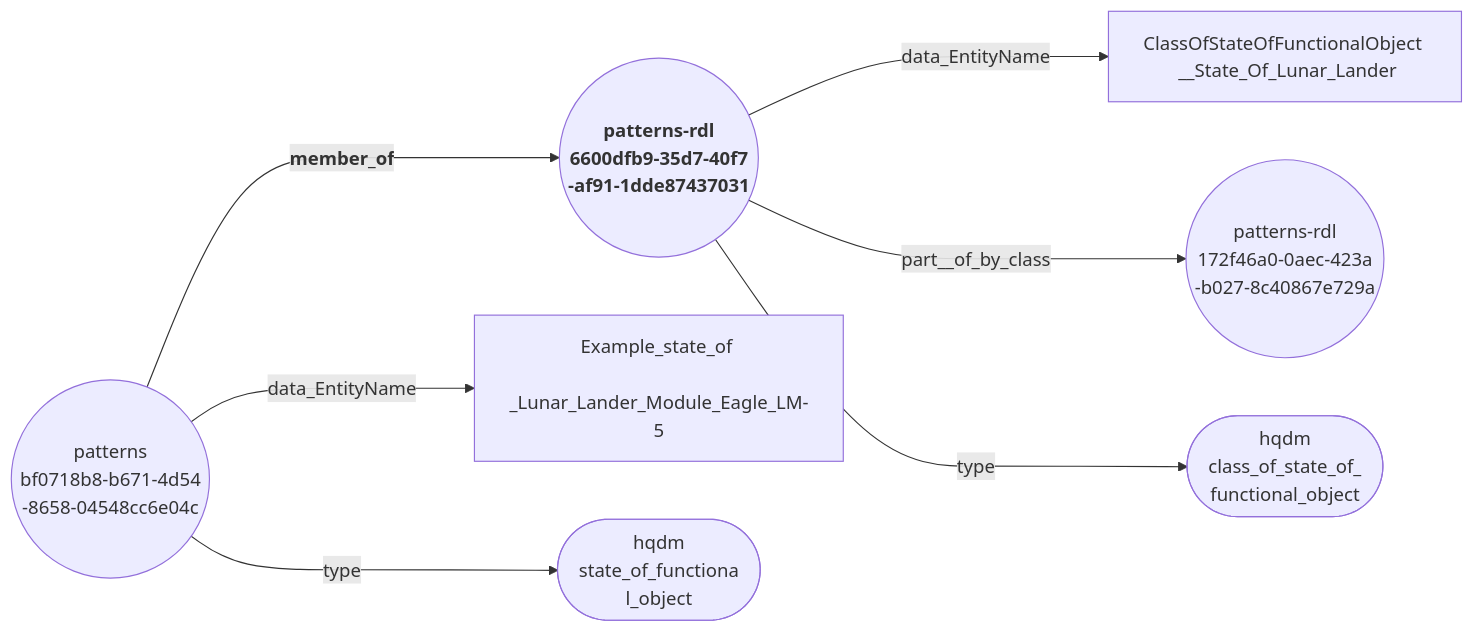
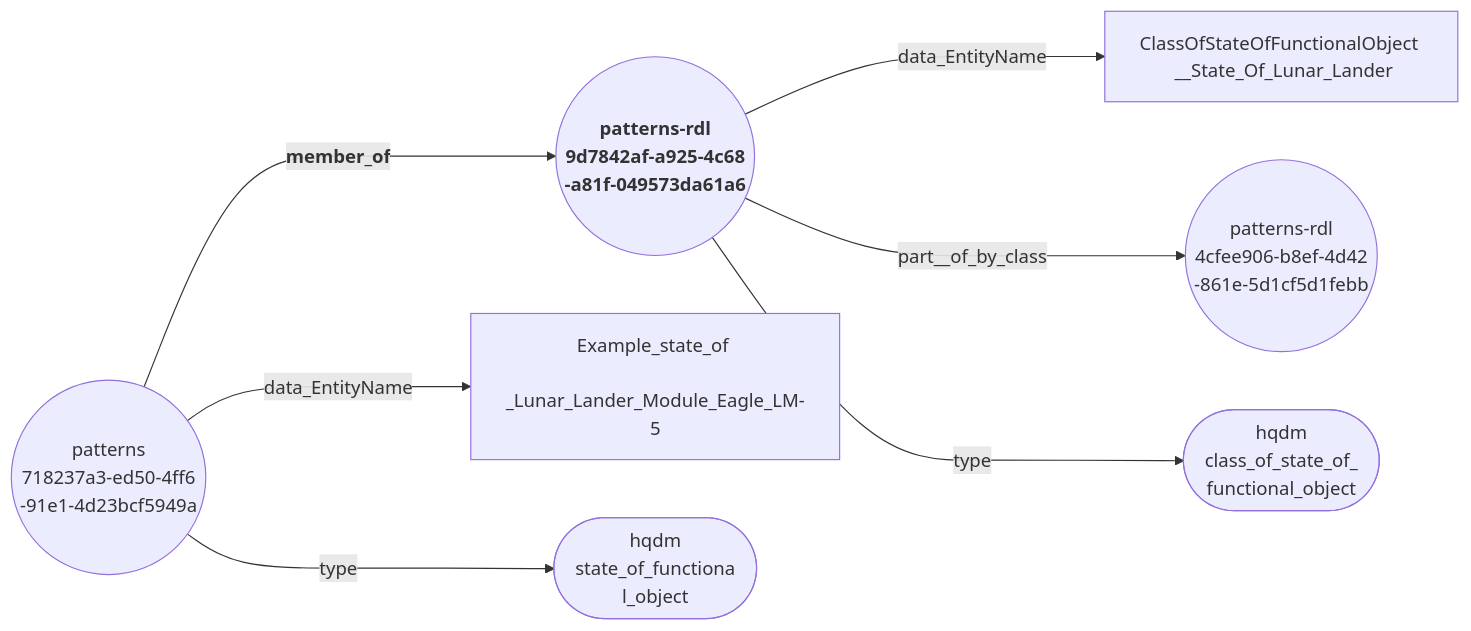
The diagram in docs/extras/example-files/member_ofNodeEdgeGraph.mermaid (ClimbingAl/HqdmPatterns), drawn with Mermaid before and after one commit. The commit also changed 35 other files, not shown here.

````diff
--- a/docs/extras/example-files/member_ofNodeEdgeGraph.mermaid
+++ b/docs/extras/example-files/member_ofNodeEdgeGraph.mermaid
@@ -1,9 +1,9 @@
 ``` mermaid
 graph LR
-  bf0718b8-b671-4d54-8658-04548cc6e04c(("patterns <br> bf0718b8-b671-4d54 <br> -8658-04548cc6e04c"))--->|"<b> member_of"|6600dfb9-35d7-40f7-af91-1dde87437031(("<b> patterns-rdl <br> 6600dfb9-35d7-40f7 <br> -af91-1dde87437031"));
-  bf0718b8-b671-4d54-8658-04548cc6e04c(("patterns <br> bf0718b8-b671-4d54 <br> -8658-04548cc6e04c"))--->|"data_EntityName"|Example_state_of_Lunar_Lander_Module_Eagle_LM-5["Example_state_of <br> _Lunar_Lander_Module_Eagle_LM-5"];
-  bf0718b8-b671-4d54-8658-04548cc6e04c(("patterns <br> bf0718b8-b671-4d54 <br> -8658-04548cc6e04c"))--->|"type"|state_of_functional_object(["hqdm <br> state_of_functiona <br> l_object"]);
-  6600dfb9-35d7-40f7-af91-1dde87437031(("<b> patterns-rdl <br> 6600dfb9-35d7-40f7 <br> -af91-1dde87437031"))--->|"data_EntityName"|ClassOfStateOfFunctionalObject__State_Of_Lunar_Lander["ClassOfStateOfFunctionalObject <br> __State_Of_Lunar_Lander"];
-  6600dfb9-35d7-40f7-af91-1dde87437031(("<b> patterns-rdl <br> 6600dfb9-35d7-40f7 <br> -af91-1dde87437031"))--->|"part__of_by_class"|172f46a0-0aec-423a-b027-8c40867e729a(("patterns-rdl <br> 172f46a0-0aec-423a <br> -b027-8c40867e729a"));
-  6600dfb9-35d7-40f7-af91-1dde87437031(("<b> patterns-rdl <br> 6600dfb9-35d7-40f7 <br> -af91-1dde87437031"))--->|"type"|class_of_state_of_functional_object(["hqdm <br> class_of_state_of_ <br> functional_object"]);
+  718237a3-ed50-4ff6-91e1-4d23bcf5949a(("patterns <br> 718237a3-ed50-4ff6 <br> -91e1-4d23bcf5949a"))--->|"<b> member_of"|9d7842af-a925-4c68-a81f-049573da61a6(("<b> patterns-rdl <br> 9d7842af-a925-4c68 <br> -a81f-049573da61a6"));
+  718237a3-ed50-4ff6-91e1-4d23bcf5949a(("patterns <br> 718237a3-ed50-4ff6 <br> -91e1-4d23bcf5949a"))--->|"data_EntityName"|Example_state_of_Lunar_Lander_Module_Eagle_LM-5["Example_state_of <br> _Lunar_Lander_Module_Eagle_LM-5"];
+  718237a3-ed50-4ff6-91e1-4d23bcf5949a(("patterns <br> 718237a3-ed50-4ff6 <br> -91e1-4d23bcf5949a"))--->|"type"|state_of_functional_object(["hqdm <br> state_of_functiona <br> l_object"]);
+  9d7842af-a925-4c68-a81f-049573da61a6(("<b> patterns-rdl <br> 9d7842af-a925-4c68 <br> -a81f-049573da61a6"))--->|"data_EntityName"|ClassOfStateOfFunctionalObject__State_Of_Lunar_Lander["ClassOfStateOfFunctionalObject <br> __State_Of_Lunar_Lander"];
+  9d7842af-a925-4c68-a81f-049573da61a6(("<b> patterns-rdl <br> 9d7842af-a925-4c68 <br> -a81f-049573da61a6"))--->|"part__of_by_class"|4cfee906-b8ef-4d42-861e-5d1cf5d1febb(("patterns-rdl <br> 4cfee906-b8ef-4d42 <br> -861e-5d1cf5d1febb"));
+  9d7842af-a925-4c68-a81f-049573da61a6(("<b> patterns-rdl <br> 9d7842af-a925-4c68 <br> -a81f-049573da61a6"))--->|"type"|class_of_state_of_functional_object(["hqdm <br> class_of_state_of_ <br> functional_object"]);
 ```
````
